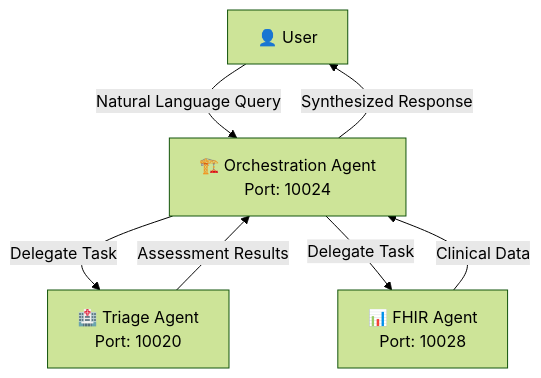
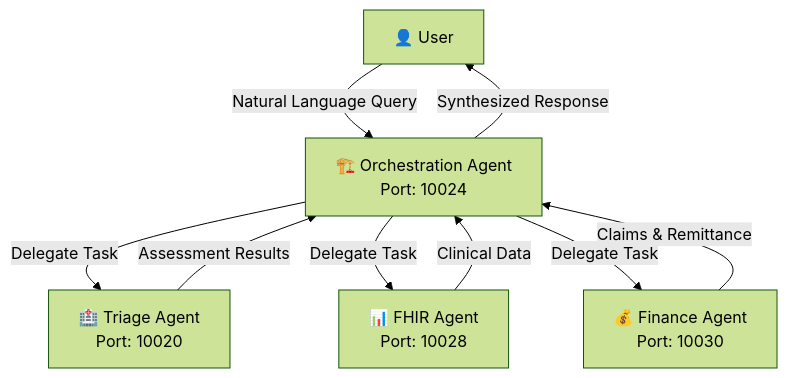
One commit to micklynch/health-agents-collective changed the first of 2 diagrams in README.md. Above: the diagram before and after it, drawn with Mermaid (forest theme). The commit also changed other lines of this file and 11 other files, not shown here.

First line of the commit message:
feat: Add Finance Agent for US healthcare revenue cycle (#8)

````diff
--- a/README.md
+++ b/README.md
@@ -21,12 +21,14 @@
 ```mermaid
 graph TB
     User[👤 User] -->|"Natural Language Query"| Orchestration[🏗️ Orchestration Agent<br/>Port: 10024]
     
     Orchestration -->|"Delegate Task"| Triage[🏥 Triage Agent<br/>Port: 10020]
     Orchestration -->|"Delegate Task"| FHIR[📊 FHIR Agent<br/>Port: 10028]
+    Orchestration -->|"Delegate Task"| Finance[💰 Finance Agent<br/>Port: 10030]
     
     Triage -->|"Assessment Results"| Orchestration
     FHIR -->|"Clinical Data"| Orchestration
+    Finance -->|"Claims & Remittance"| Orchestration
     
     Orchestration -->|"Synthesized Response"| User
 ```
````
